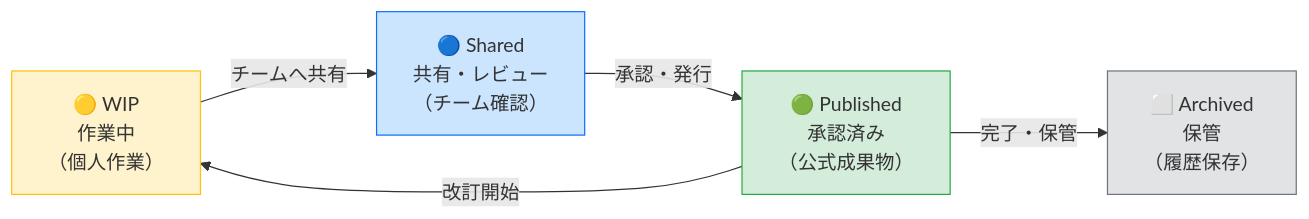
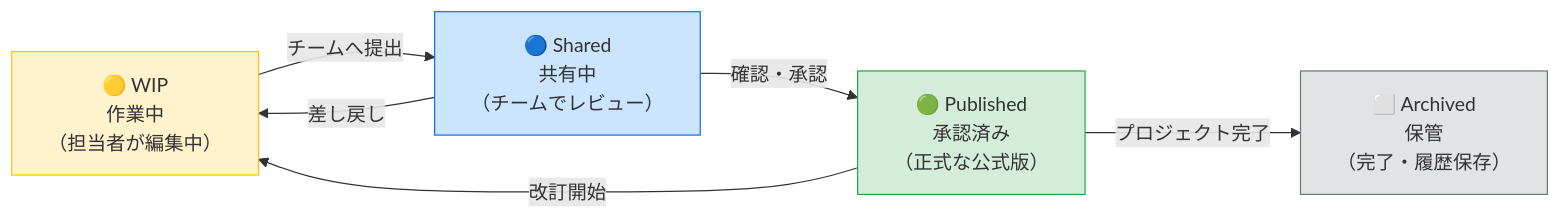
Before and after one commit to Kensan196948G/Open-BIM-Information-Platform: the first of 2 diagrams in README.md, drawn with Mermaid. The commit also changed other lines of this file and 5 other files, not shown here.

````diff
--- a/README.md
+++ b/README.md
@@ -61,17 +91,18 @@
 ```mermaid
 flowchart LR
-    A["🟡 WIP\n作業中\n（個人作業）"]
-    B["🔵 Shared\n共有・レビュー\n（チーム確認）"]
-    C["🟢 Published\n承認済み\n（公式成果物）"]
-    D["⬜ Archived\n保管\n（履歴保存）"]
+    A["🟡 WIP\n作業中\n（担当者が編集中）"]
+    B["🔵 Shared\n共有中\n（チームでレビュー）"]
+    C["🟢 Published\n承認済み\n（正式な公式版）"]
+    D["⬜ Archived\n保管\n（完了・履歴保存）"]
 
-    A -->|"チームへ共有"| B
-    B -->|"承認・発行"| C
+    A -->|"チームへ提出"| B
+    B -->|"確認・承認"| C
+    B -->|"差し戻し"| A
     C -->|"改訂開始"| A
-    C -->|"完了・保管"| D
+    C -->|"プロジェクト完了"| D
 
     style A fill:#FFF3CD,stroke:#FFC107,color:#333
     style B fill:#CCE5FF,stroke:#0D6EFD,color:#333
     style C fill:#D4EDDA,stroke:#28A745,color:#333
     style D fill:#E2E3E5,stroke:#6C757D,color:#333
 ```
````
